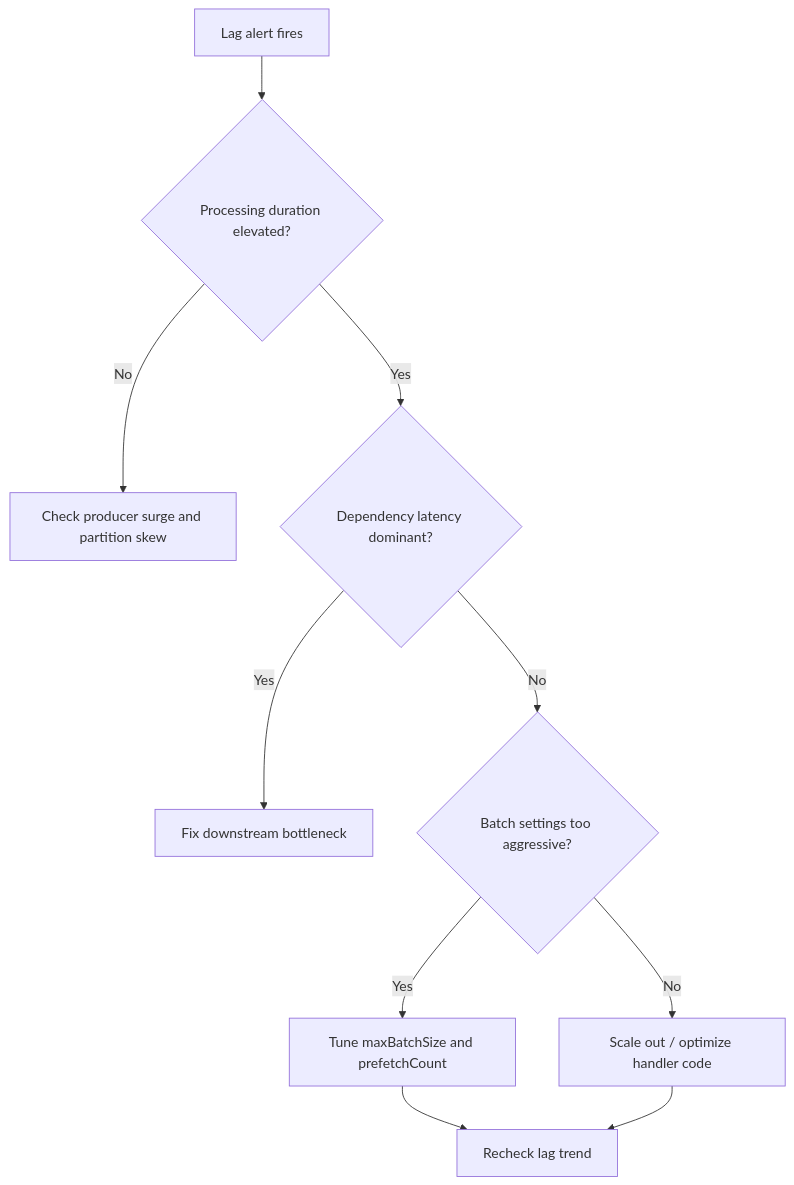
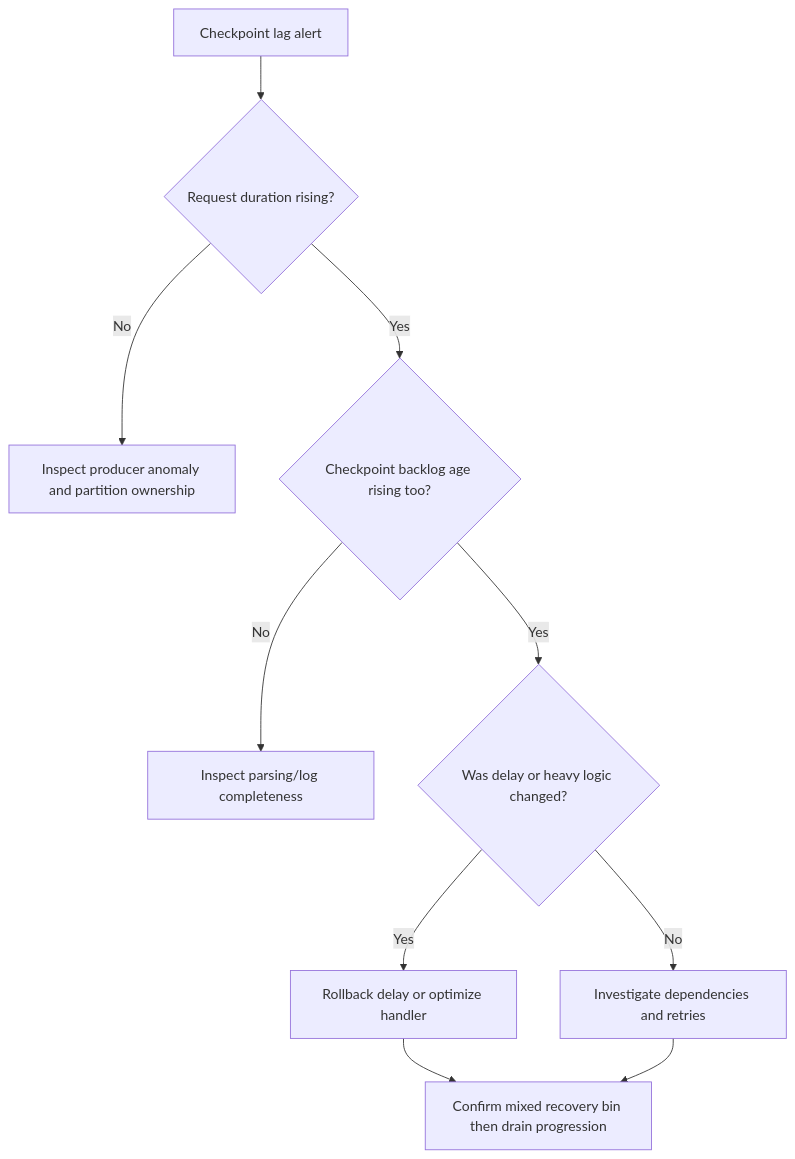
Before and after one commit to yeongseon/azure-functions-practical-guide: the fourth of 5 diagrams in docs/troubleshooting/lab-guides/event-hub-checkpoint-lag.md, drawn with Mermaid. The commit also changed other lines of this file and 21 other files, not shown here.

````diff
--- a/docs/troubleshooting/lab-guides/event-hub-checkpoint-lag.md
+++ b/docs/troubleshooting/lab-guides/event-hub-checkpoint-lag.md
@@ -285,12 +595,12 @@
 ```mermaid
 flowchart TD
-    A[Lag alert fires] --> B{Processing duration elevated?}
-    B -- No --> C[Check producer surge and partition skew]
-    B -- Yes --> D{Dependency latency dominant?}
-    D -- Yes --> E[Fix downstream bottleneck]
-    D -- No --> F{Batch settings too aggressive?}
-    F -- Yes --> G[Tune maxBatchSize and prefetchCount]
-    F -- No --> H[Scale out / optimize handler code]
-    G --> I[Recheck lag trend]
+    A[Checkpoint lag alert] --> B{Request duration rising?}
+    B -->|No| C[Inspect producer anomaly and partition ownership]
+    B -->|Yes| D{Checkpoint backlog age rising too?}
+    D -->|No| E[Inspect parsing/log completeness]
+    D -->|Yes| F{Was delay or heavy logic changed?}
+    F -->|Yes| G[Rollback delay or optimize handler]
+    F -->|No| H[Investigate dependencies and retries]
+    G --> I[Confirm mixed recovery bin then drain progression]
     H --> I
 ```
````
